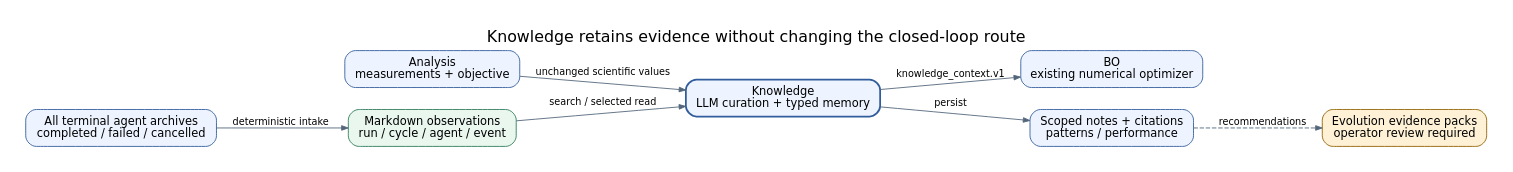
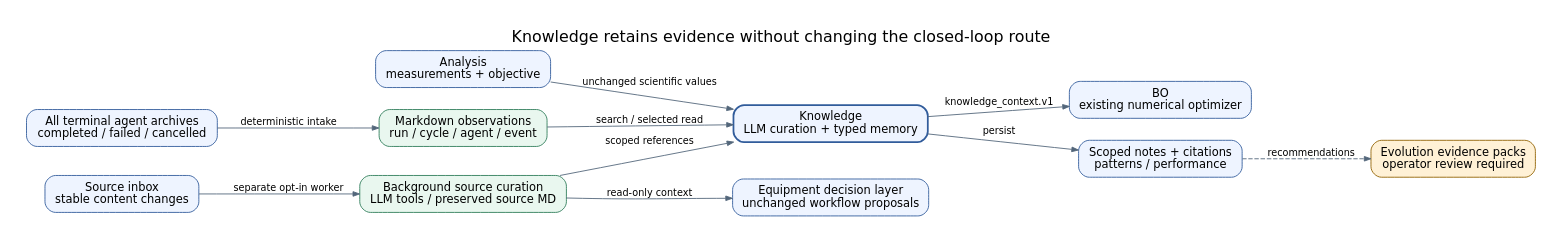
Before and after one commit to JIN9811/autonomous_researcher: the diagram in docs/agents/assets/figures/knowledge_01_closed_loop_handoffs.dot, drawn with Graphviz. The commit also changed 42 other files, not shown here.

Commit message:
feat(knowledge): curate source inbox into scoped Markdown knowledge

```diff
--- a/docs/agents/assets/figures/knowledge_01_closed_loop_handoffs.dot
+++ b/docs/agents/assets/figures/knowledge_01_closed_loop_handoffs.dot
@@ -1,18 +1,24 @@
 digraph knowledge_closed_loop_handoffs {
   graph [rankdir=LR, bgcolor="white", pad="0.3", nodesep="0.35", ranksep="0.48", fontname="DejaVu Sans", fontsize=18, label="Knowledge retains evidence without changing the closed-loop route", labelloc=t];
   node [shape=box, style="rounded,filled", fillcolor="#EEF4FF", color="#315C9B", fontname="DejaVu Sans", fontsize=13, margin="0.13,0.1"];
   edge [color="#52667A", fontname="DejaVu Sans", fontsize=11, arrowsize=0.75];
   analysis [label="Analysis\nmeasurements + objective"];
   knowledge [label="Knowledge\nLLM curation + typed memory", penwidth=2];
   bo [label="BO\nexisting numerical optimizer"];
   archive [label="All terminal agent archives\ncompleted / failed / cancelled"];
   md [label="Markdown observations\nrun / cycle / agent / event", fillcolor="#E9F7EF", color="#2E7D59"];
   context [label="Scoped notes + citations\npatterns / performance"];
   evolution [label="Evolution evidence packs\noperator review required", fillcolor="#FFF1D6", color="#916100"];
+  inbox [label="Source inbox\nstable content changes"];
+  sources [label="Background source curation\nLLM tools / preserved source MD", fillcolor="#E9F7EF", color="#2E7D59"];
+  equipment [label="Equipment decision layer\nunchanged workflow proposals"];
   analysis -> knowledge [label="unchanged scientific values"];
   knowledge -> bo [label="knowledge_context.v1"];
   archive -> md [label="deterministic intake"];
   md -> knowledge [label="search / selected read"];
   knowledge -> context [label="persist"];
   context -> evolution [style=dashed, label="recommendations"];
+  inbox -> sources [label="separate opt-in worker"];
+  sources -> knowledge [label="scoped references"];
+  sources -> equipment [label="read-only context"];
 }
```
